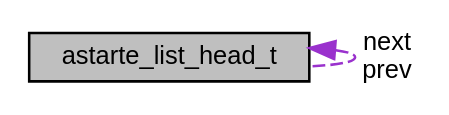
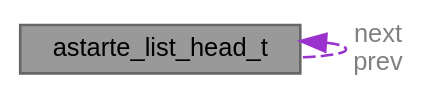
One commit to astarte-platform/docs changed the diagram in device-sdks/esp32/snapshot/api/structastarte__list__head__t__coll__graph.dot. Above: the diagram before and after it, drawn with Graphviz. The commit also changed 181 other files, not shown here.

```diff
--- a/device-sdks/esp32/snapshot/api/structastarte__list__head__t__coll__graph.dot
+++ b/device-sdks/esp32/snapshot/api/structastarte__list__head__t__coll__graph.dot
@@ -1,8 +1,9 @@
 digraph "astarte_list_head_t"
 {
  // LATEX_PDF_SIZE
-  edge [fontname="Helvetica",fontsize="10",labelfontname="Helvetica",labelfontsize="10"];
-  node [fontname="Helvetica",fontsize="10",shape=record];
-  Node1 [label="astarte_list_head_t",height=0.2,width=0.4,color="black", fillcolor="grey75", style="filled", fontcolor="black",tooltip=" "];
-  Node1 -> Node1 [dir="back",color="darkorchid3",fontsize="10",style="dashed",label=" next\nprev" ,fontname="Helvetica"];
+  bgcolor="transparent";
+  edge [fontname=Helvetica,fontsize=10,labelfontname=Helvetica,labelfontsize=10];
+  node [fontname=Helvetica,fontsize=10,shape=box,height=0.2,width=0.4];
+  Node1 [id="Node000001",label="astarte_list_head_t",height=0.2,width=0.4,color="gray40", fillcolor="grey60", style="filled", fontcolor="black",tooltip=" "];
+  Node1 -> Node1 [id="edge1_Node000001_Node000001",dir="back",color="darkorchid3",style="dashed",tooltip=" ",label=" next\nprev",fontcolor="grey" ];
 }
```
